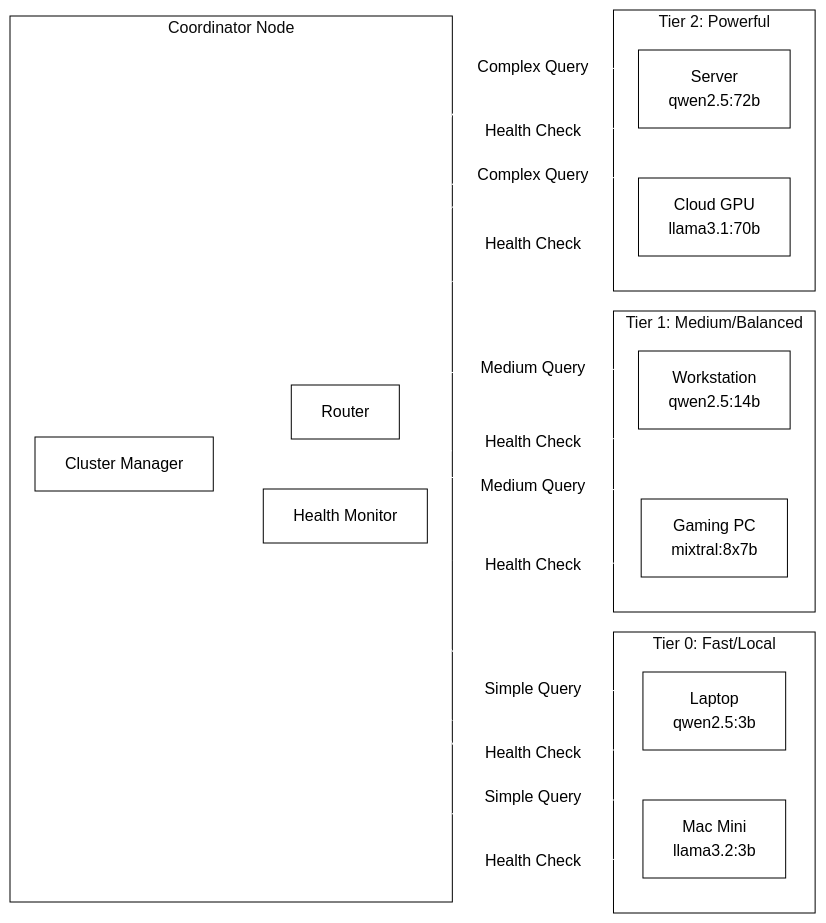
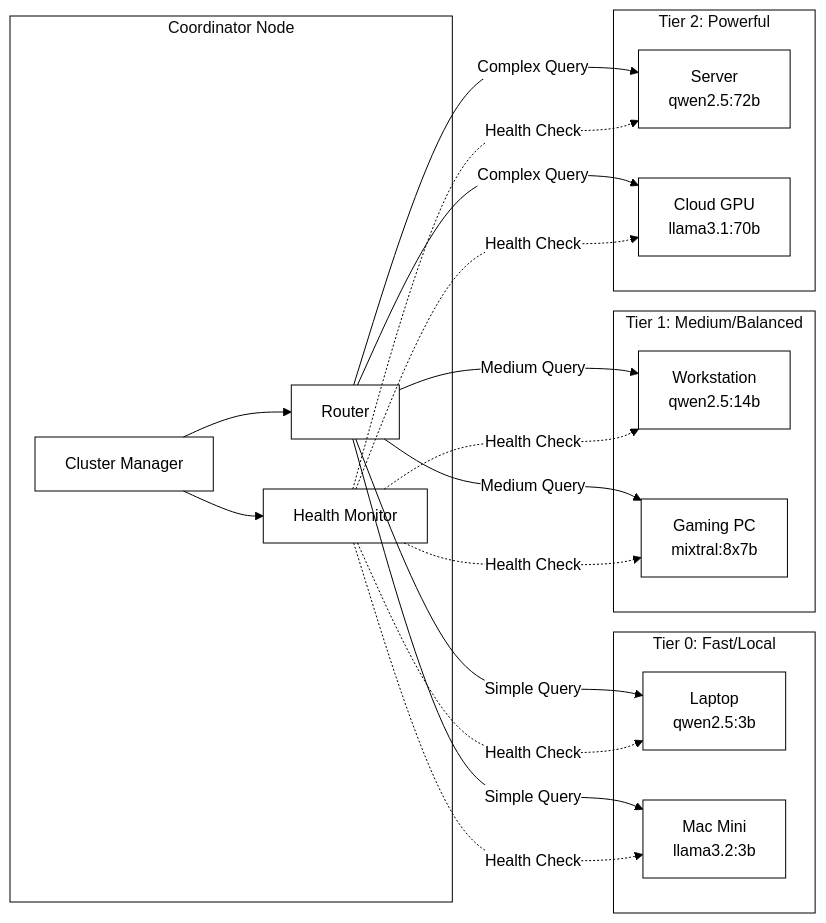
Before and after one commit to smallthinkingmachines/harombe: the first of 2 diagrams in README.md, drawn with Mermaid. The commit also changed other lines of this file, not shown here.

Commit message:
docs: fix diagram lines to black for light mode visibility
- Changed lineColor from white to black
- Lines now visible on both light and dark backgrounds
- White boxes remain visible on dark mode
- Black lines/borders visible on light mode

````diff
--- a/README.md
+++ b/README.md
@@ -183,39 +183,39 @@
 ```mermaid
-%%{init: {'theme': 'base', 'themeVariables': {'primaryColor': '#ffffff', 'primaryTextColor': '#000000', 'primaryBorderColor': '#000000', 'lineColor': '#ffffff', 'secondaryColor': '#e8e8e8', 'tertiaryColor': '#f5f5f5', 'edgeLabelBackground': '#ffffff', 'clusterBkg': '#ffffff', 'clusterBorder': '#000000', 'mainBkg': 'transparent', 'background': 'transparent'}}}%%
+%%{init: {'theme': 'base', 'themeVariables': {'primaryColor': '#ffffff', 'primaryTextColor': '#000000', 'primaryBorderColor': '#000000', 'lineColor': '#000000', 'secondaryColor': '#e8e8e8', 'tertiaryColor': '#f5f5f5', 'edgeLabelBackground': '#ffffff', 'clusterBkg': '#ffffff', 'clusterBorder': '#000000', 'mainBkg': 'transparent', 'background': 'transparent'}}}%%
 flowchart LR
     subgraph Coordinator["Coordinator Node"]
         CM[Cluster Manager]
         HM[Health Monitor]
         RT[Router]
     end
 
     subgraph Tier0["Tier 0: Fast/Local"]
         T0N1[Laptop<br/>qwen2.5:3b]
         T0N2[Mac Mini<br/>llama3.2:3b]
     end
 
     subgraph Tier1["Tier 1: Medium/Balanced"]
         T1N1[Workstation<br/>qwen2.5:14b]
         T1N2[Gaming PC<br/>mixtral:8x7b]
     end
 
     subgraph Tier2["Tier 2: Powerful"]
         T2N1[Server<br/>qwen2.5:72b]
         T2N2[Cloud GPU<br/>llama3.1:70b]
     end
 
     CM --> HM
     CM --> RT
     RT -->|Simple Query| T0N1
     RT -->|Simple Query| T0N2
     RT -->|Medium Query| T1N1
     RT -->|Medium Query| T1N2
     RT -->|Complex Query| T2N1
     RT -->|Complex Query| T2N2
     HM -.->|Health Check| T0N1
     HM -.->|Health Check| T0N2
     HM -.->|Health Check| T1N1
     HM -.->|Health Check| T1N2
     HM -.->|Health Check| T2N1
     HM -.->|Health Check| T2N2
 ```
````
